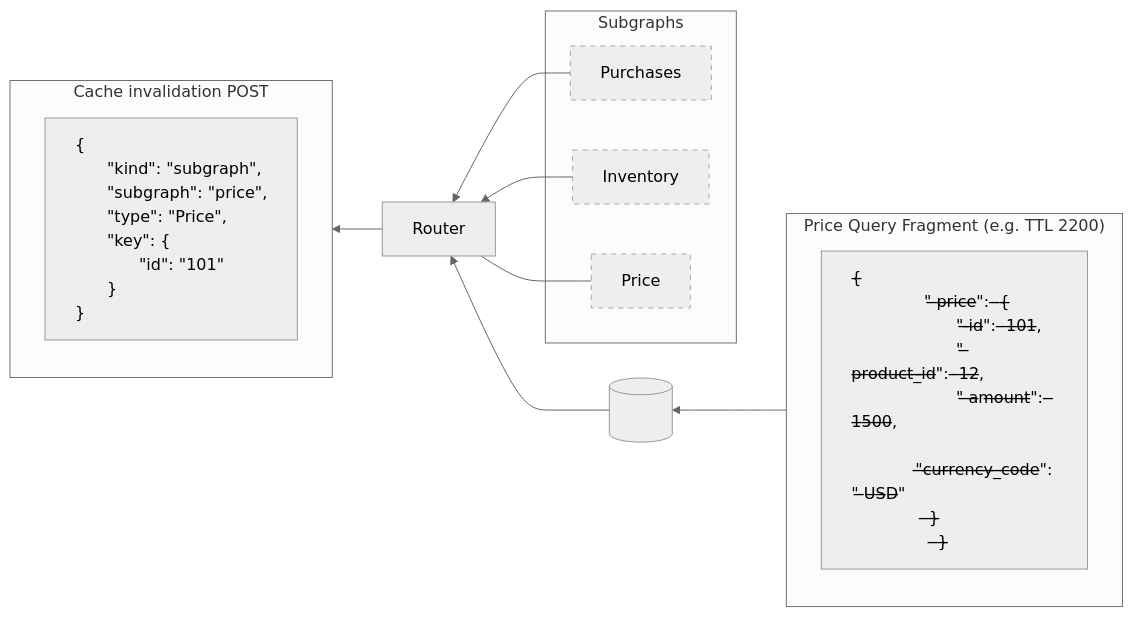
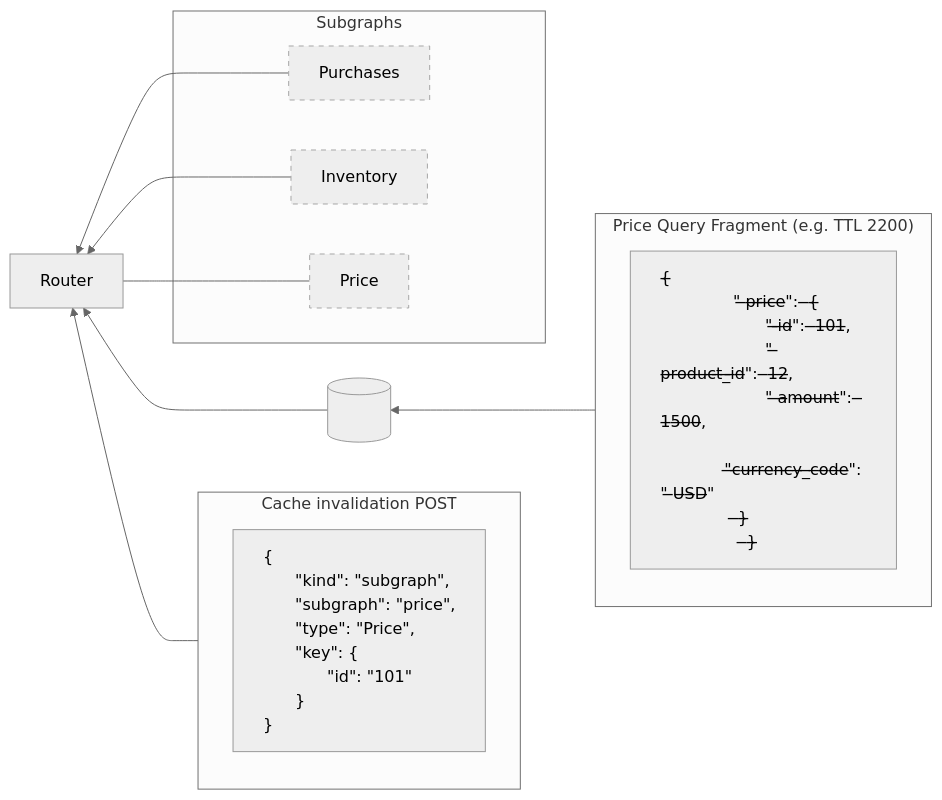
One commit to apollographql/router changed the second of 2 diagrams in docs/source/routing/performance/caching/entity.mdx. Above: the diagram before and after it, drawn with Mermaid (neutral theme).

````diff
--- a/docs/source/routing/performance/caching/entity.mdx
+++ b/docs/source/routing/performance/caching/entity.mdx
@@ -217,47 +217,47 @@
 ```mermaid
 
 flowchart RL
 	subgraph QueryResponse["Cache invalidation POST"]
 		n1["{
 			&emsp;&emsp;&quot;kind&quot;: &quot;subgraph&quot;,
 			&emsp;&emsp;&quot;subgraph&quot;: &quot;price&quot;,
 			&emsp;&emsp;&quot;type&quot;: &quot;Price&quot;,
 			&emsp;&emsp;&quot;key&quot;: {
 			&emsp;&emsp;&emsp;&emsp;&quot;id&quot;: &quot;101&quot;
 			&emsp;&emsp;}
 		}"]
     end
 
 	subgraph Subgraphs["Subgraphs"]
 		Purchases["Purchases"]
 		Inventory["Inventory"]
 		Price["Price"]
 	end
 
 	subgraph PriceQueryFragment["Price Query Fragment (e.g. TTL 2200)"]
 		n2[" ̶{̶
     	&emsp;&emsp;&quot; ̶p̶r̶i̶c̶e̶&quot;:  ̶{̶
         &emsp;&emsp;&emsp;&emsp;&quot; ̶i̶d̶&quot;:  ̶1̶0̶1̶,
         &emsp;&emsp;&emsp;&emsp;&quot; ̶p̶r̶o̶d̶u̶c̶t̶_̶i̶d̶&quot;:  ̶1̶2̶,
         &emsp;&emsp;&emsp;&emsp;&quot; ̶a̶m̶o̶u̶n̶t̶&quot;:  ̶1̶5̶0̶0̶,
         &emsp;&emsp;&emsp;&emsp;&quot;̶c̶u̶r̶r̶e̶n̶c̶y̶_̶c̶o̶d̶e̶&quot;: &quot; ̶U̶S̶D̶&quot;
     	&emsp;&emsp; ̶}̶
 		 ̶}̶"]
 	end
 
 	Router
 	Database[("&emsp;&emsp;&emsp;")]
 
-    Router --> QueryResponse
+    QueryResponse --> Router
 	Purchases --> Router
 	Inventory --> Router
 	Price --- Router
 	PriceQueryFragment --> Database
 	Database --> Router
 
 	style n1 text-align:left
 	style Price border:none,stroke-width:1px,stroke-dasharray:5 5,stroke:#A6A6A6
 	style Purchases border:none,stroke-width:1px,stroke-dasharray:5 5,stroke:#A6A6A6
 	style Inventory border:none,stroke-width:1px,stroke-dasharray:5 5,stroke:#A6A6A6
 	style n2 text-align:left
 ```
````
